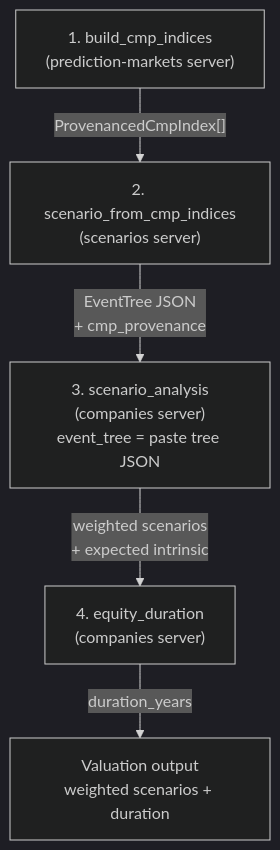
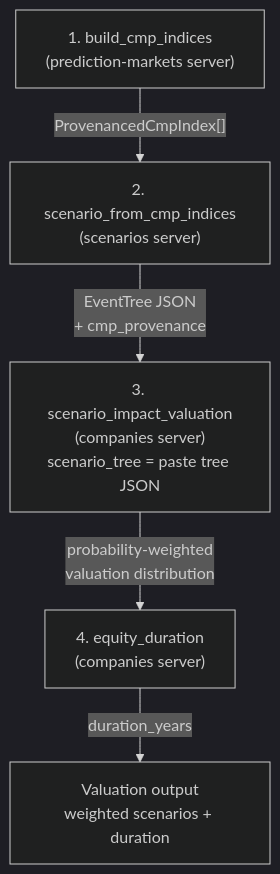
One commit to mdz-axo/zed-kask changed the third of 4 diagrams in kask/docs/diagrams/mcp-dispatch.md. Above: the diagram before and after it, drawn with Mermaid (dark theme). The commit also changed other lines of this file and 35 other files, not shown here.

First line of the commit message:
Delete the screening, reports, files, and 2x2 scenario tools from the companies server

````diff
--- a/kask/docs/diagrams/mcp-dispatch.md
+++ b/kask/docs/diagrams/mcp-dispatch.md
@@ -147,7 +147,7 @@
 ```mermaid
 flowchart TD
     step1["1. build_cmp_indices<br/>(prediction-markets server)"] -->|"ProvenancedCmpIndex[]"| step2
     step2["2. scenario_from_cmp_indices<br/>(scenarios server)"] -->|"EventTree JSON<br/>+ cmp_provenance"| step3
-    step3["3. scenario_analysis<br/>(companies server)<br/>event_tree = paste tree JSON"] -->|"weighted scenarios<br/>+ expected intrinsic"| step4
+    step3["3. scenario_impact_valuation<br/>(companies server)<br/>scenario_tree = paste tree JSON"] -->|"probability-weighted<br/>valuation distribution"| step4
     step4["4. equity_duration<br/>(companies server)"] -->|"duration_years"| output["Valuation output<br/>weighted scenarios + duration"]
 ```
````
